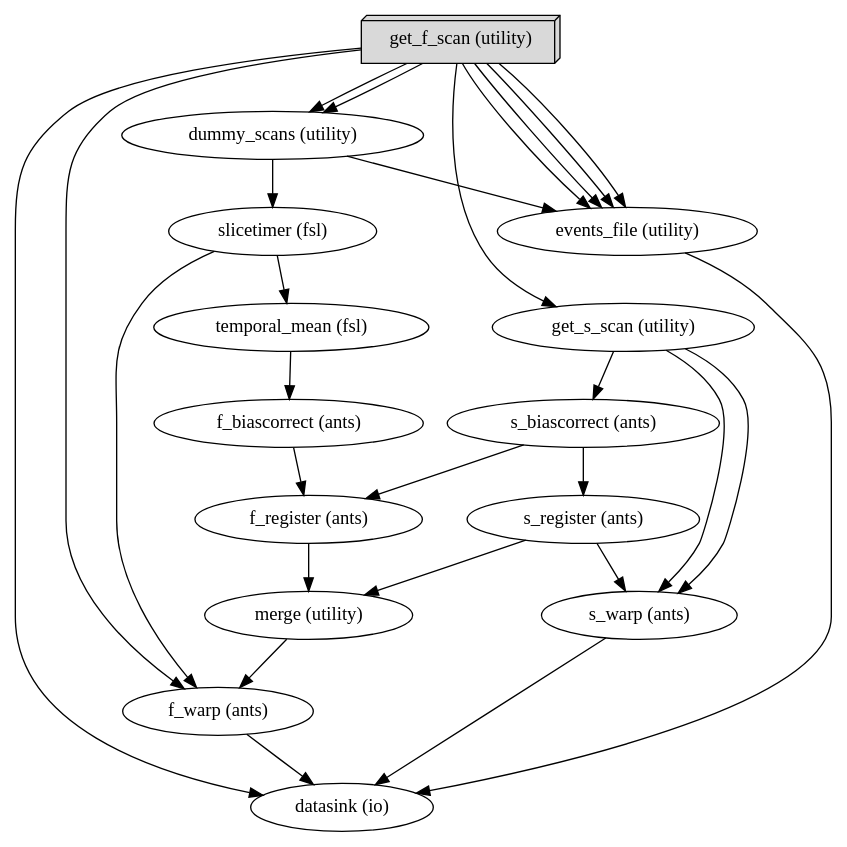
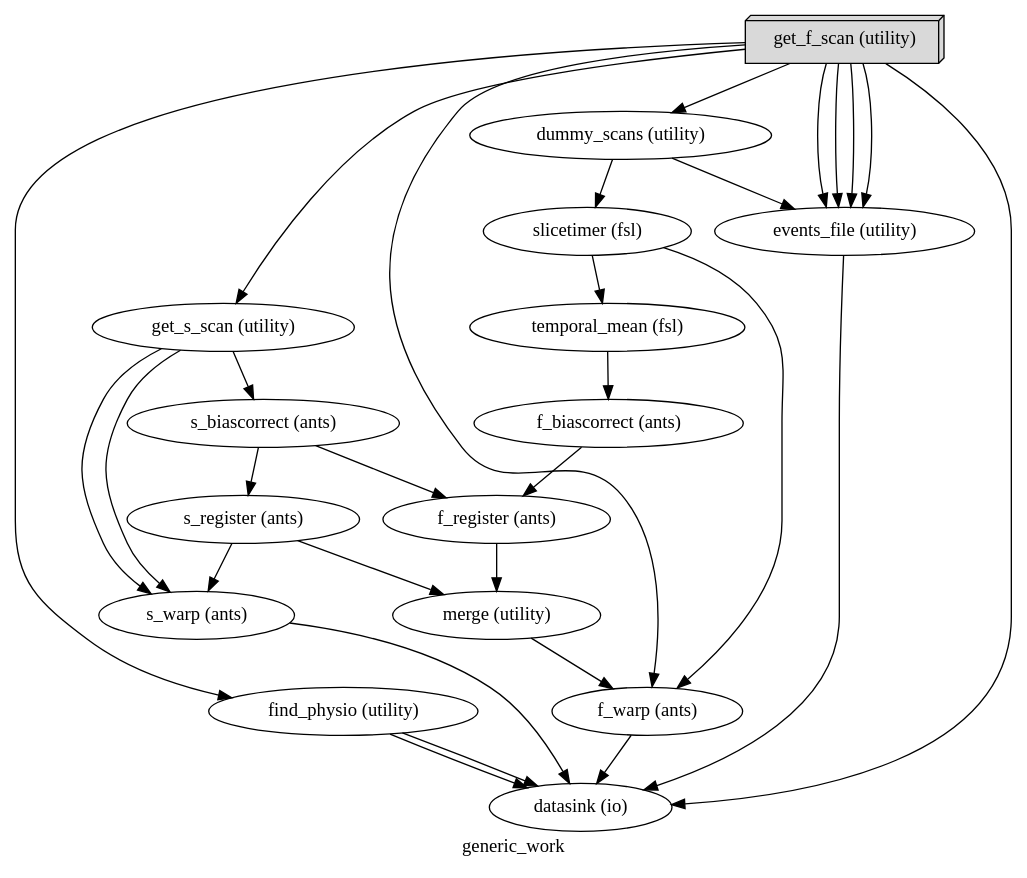
Before and after one commit to Jimmy2027/mlebe_RepSep: the diagram in data/generic_nipype.dot, drawn with Graphviz. The commit also changed 82 other files, not shown here.

```diff
--- a/data/generic_nipype.dot
+++ b/data/generic_nipype.dot
@@ -1,43 +1,47 @@
 digraph generic_work{
+  label="generic_work";
   generic_work_get_f_scan[label="get_f_scan (utility)", shape=box3d,style=filled, color=black, colorscheme=greys7 fillcolor=2];
   generic_work_get_s_scan[label="get_s_scan (utility)"];
   generic_work_s_biascorrect[label="s_biascorrect (ants)"];
   generic_work_s_register[label="s_register (ants)"];
   generic_work_s_warp[label="s_warp (ants)"];
+  generic_work_find_physio[label="find_physio (utility)"];
   generic_work_dummy_scans[label="dummy_scans (utility)"];
   generic_work_slicetimer[label="slicetimer (fsl)"];
   generic_work_temporal_mean[label="temporal_mean (fsl)"];
   generic_work_f_biascorrect[label="f_biascorrect (ants)"];
   generic_work_f_register[label="f_register (ants)"];
   generic_work_merge[label="merge (utility)"];
   generic_work_f_warp[label="f_warp (ants)"];
   generic_work_events_file[label="events_file (utility)"];
   generic_work_datasink[label="datasink (io)"];
-  generic_work_get_f_scan -> generic_work_f_warp;
   generic_work_get_f_scan -> generic_work_dummy_scans;
-  generic_work_get_f_scan -> generic_work_dummy_scans;
-  generic_work_get_f_scan -> generic_work_datasink;
-  generic_work_get_f_scan -> generic_work_get_s_scan;
   generic_work_get_f_scan -> generic_work_events_file;
   generic_work_get_f_scan -> generic_work_events_file;
   generic_work_get_f_scan -> generic_work_events_file;
   generic_work_get_f_scan -> generic_work_events_file;
+  generic_work_get_f_scan -> generic_work_find_physio;
+  generic_work_get_f_scan -> generic_work_datasink;
+  generic_work_get_f_scan -> generic_work_get_s_scan;
+  generic_work_get_f_scan -> generic_work_f_warp;
   generic_work_get_s_scan -> generic_work_s_warp;
   generic_work_get_s_scan -> generic_work_s_warp;
   generic_work_get_s_scan -> generic_work_s_biascorrect;
   generic_work_s_biascorrect -> generic_work_s_register;
   generic_work_s_biascorrect -> generic_work_f_register;
   generic_work_s_register -> generic_work_s_warp;
   generic_work_s_register -> generic_work_merge;
   generic_work_s_warp -> generic_work_datasink;
+  generic_work_find_physio -> generic_work_datasink;
+  generic_work_find_physio -> generic_work_datasink;
   generic_work_dummy_scans -> generic_work_events_file;
   generic_work_dummy_scans -> generic_work_slicetimer;
+  generic_work_slicetimer -> generic_work_temporal_mean;
   generic_work_slicetimer -> generic_work_f_warp;
-  generic_work_slicetimer -> generic_work_temporal_mean;
   generic_work_temporal_mean -> generic_work_f_biascorrect;
   generic_work_f_biascorrect -> generic_work_f_register;
   generic_work_f_register -> generic_work_merge;
   generic_work_merge -> generic_work_f_warp;
   generic_work_f_warp -> generic_work_datasink;
   generic_work_events_file -> generic_work_datasink;
 }
```
